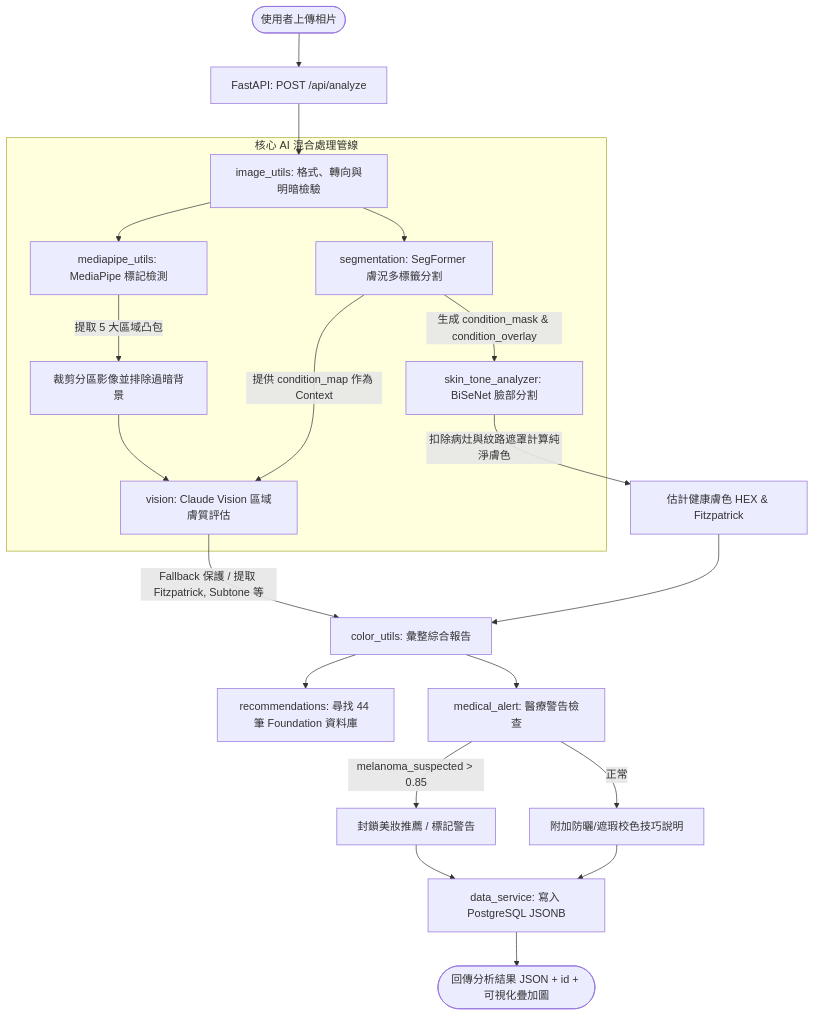
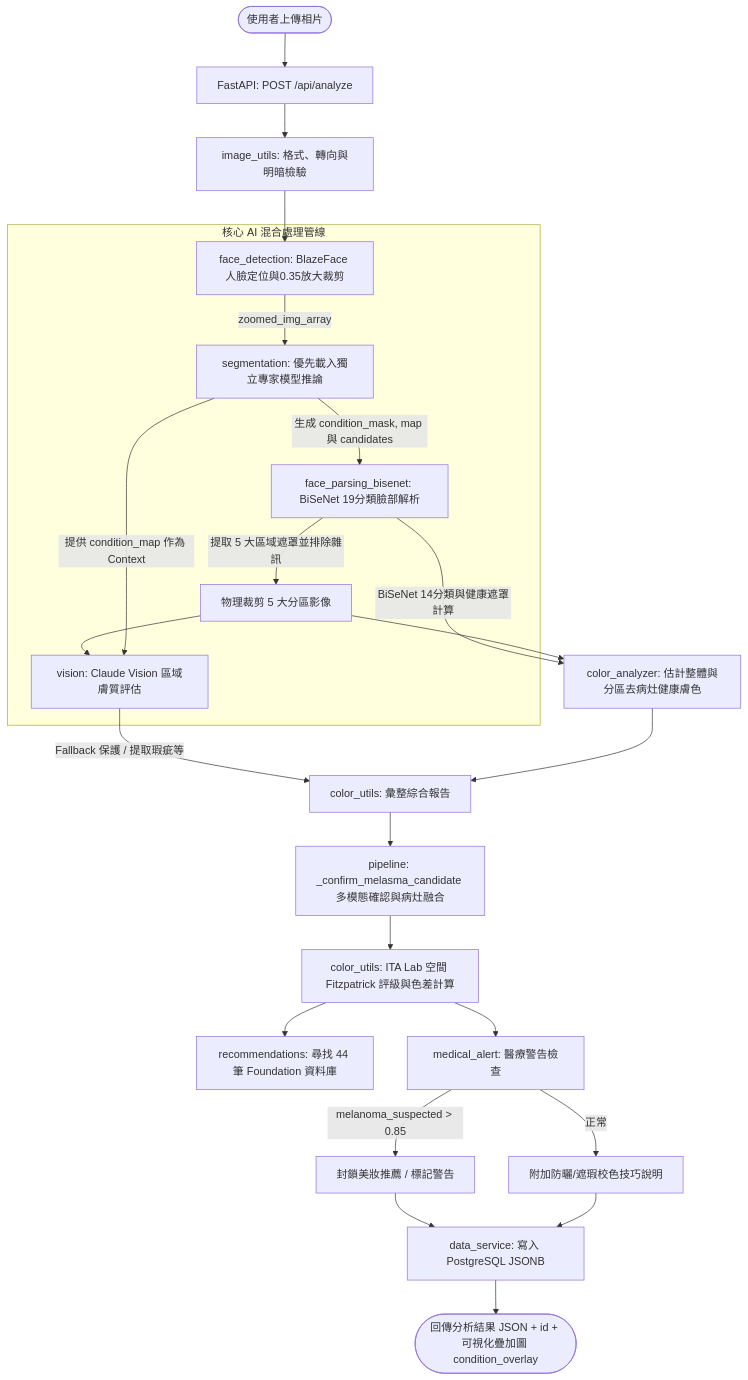
The diagram in documentation/Pipeline.md (liggiaelena/Back_Lumiere), drawn with Mermaid before and after one commit. The commit also changed other lines of this file and 2 other files, not shown here.

````diff
--- a/documentation/Pipeline.md
+++ b/documentation/Pipeline.md
@@ -13,31 +13,37 @@
 ```mermaid
 graph TD
     User([使用者上傳相片]) --> API[FastAPI: POST /api/analyze]
     API --> Validate[image_utils: 格式、轉向與明暗檢驗]
+    Validate --> Zoom[face_detection: BlazeFace 人臉定位與0.35放大裁剪]
     
     subgraph AI Pipeline [核心 AI 混合處理管線]
-        Validate --> SegFormer[segmentation: SegFormer 膚況多標籤分割]
-        SegFormer -->|生成 condition_mask & condition_overlay| BiSeNet[skin_tone_analyzer: BiSeNet 臉部分割]
+        Zoom -->|zoomed_img_array| SegFormer[segmentation: 優先載入獨立專家模型推論]
+        SegFormer -->|生成 condition_mask, map 與 candidates| BiSeNet19[face_parsing_bisenet: BiSeNet 19分類臉部解析]
         
-        Validate --> MediaPipe[mediapipe_utils: MediaPipe 標記檢測]
-        MediaPipe -->|提取 5 大區域凸包| Crops[裁剪分區影像並排除過暗背景]
+        BiSeNet19 -->|提取 5 大區域遮罩並排除雜訊| Crops[物理裁剪 5 大分區影像]
         
         Crops --> Claude[vision: Claude Vision 區域膚質評估]
         SegFormer -->|提供 condition_map 作為 Context| Claude
     end
     
-    BiSeNet -->|扣除病灶與紋路遮罩計算純淨膚色| SkinTone[估計健康膚色 HEX & Fitzpatrick]
-    Claude -->|Fallback 保護 / 提取 Fitzpatrick, Subtone 等| FinalReport[color_utils: 彙整綜合報告]
+    BiSeNet19 -->|BiSeNet 14分類與健康遮罩計算| SkinTone[color_analyzer: 估計整體與分區去病灶健康膚色]
+    Crops --> SkinTone
+    
+    Claude -->|Fallback 保護 / 提取瑕疵等| FinalReport[color_utils: 彙整綜合報告]
     SkinTone --> FinalReport
     
-    FinalReport --> Recommendations[recommendations: 尋找 44 筆 Foundation 資料庫]
-    FinalReport --> Triage[medical_alert: 醫療警告檢查]
+    FinalReport --> Fusion[pipeline: _confirm_melasma_candidate 多模態確認與病灶融合]
+    Fusion --> ITA[color_utils: ITA Lab 空間 Fitzpatrick 評級與色差計算]
+    
+    ITA --> Recommendations[recommendations: 尋找 44 筆 Foundation 資料庫]
+    ITA --> Triage[medical_alert: 醫療警告檢查]
     
     Triage -->|melanoma_suspected > 0.85| Block[封鎖美妝推薦 / 標記警告]
     Triage -->|正常| RecOK[附加防曬/遮瑕校色技巧說明]
     
     Block --> SaveDB[data_service: 寫入 PostgreSQL JSONB]
     RecOK --> SaveDB
     
-    SaveDB --> Response([回傳分析結果 JSON + id + 可視化疊加圖])
+    SaveDB --> Response([回傳分析結果 JSON + id + 可視化疊加圖 condition_overlay])
+
 ```
````
